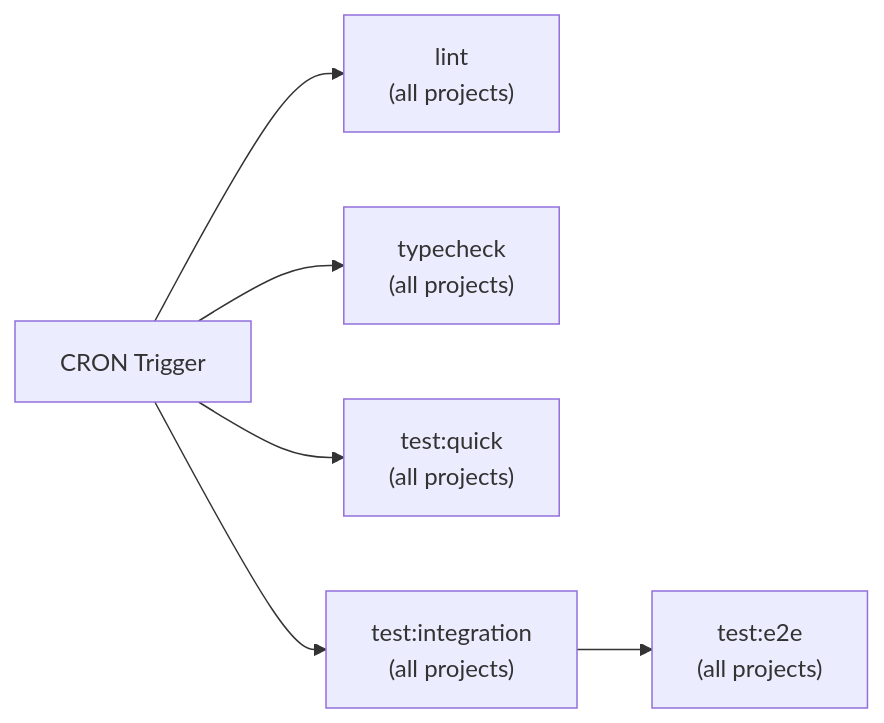
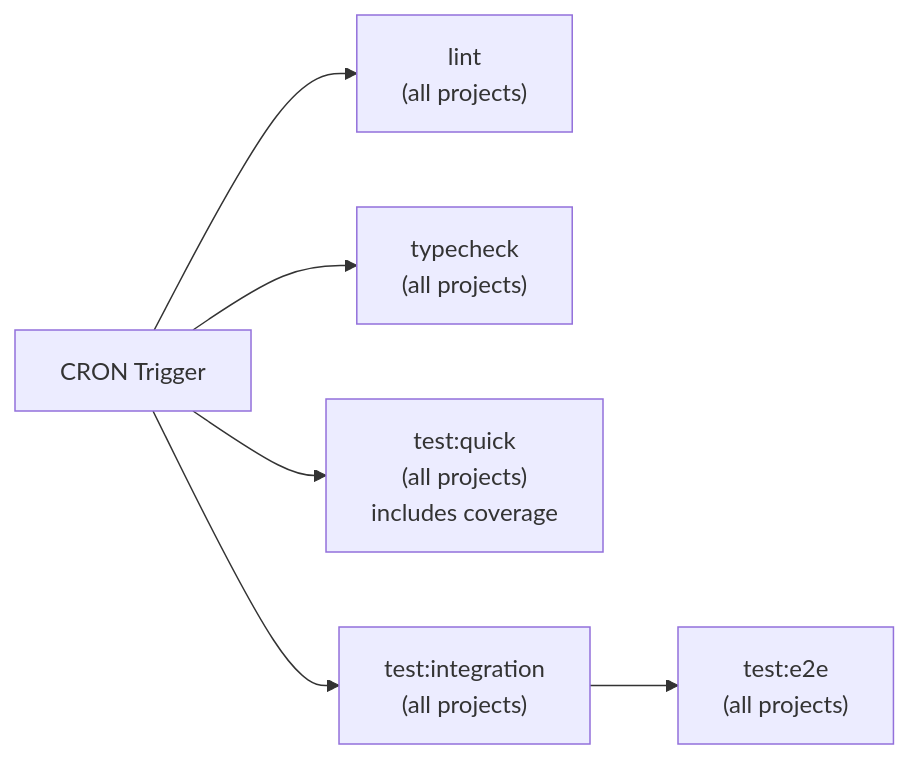
One commit to wahidyankf/ose-public changed the diagram in plans/in-progress/2026-03-31__ci-standardization/requirements.md. Above: the diagram before and after it, drawn with Mermaid. The commit also changed other lines of this file and 2 other files, not shown here.

First line of the commit message:
docs(plans): add coverage enforcement, markdown updates, and governance propagation

````diff
--- a/plans/in-progress/2026-03-31__ci-standardization/requirements.md
+++ b/plans/in-progress/2026-03-31__ci-standardization/requirements.md
@@ -351,8 +366,8 @@
 ```mermaid
 flowchart LR
     CRON["CRON Trigger"] --> LINT["lint<br/>(all projects)"]
     CRON --> TC["typecheck<br/>(all projects)"]
-    CRON --> TQ["test:quick<br/>(all projects)"]
+    CRON --> TQ["test:quick<br/>(all projects)<br/>includes coverage"]
     CRON --> INT["test:integration<br/>(all projects)"]
     INT --> E2E["test:e2e<br/>(all projects)"]
 ```
````
